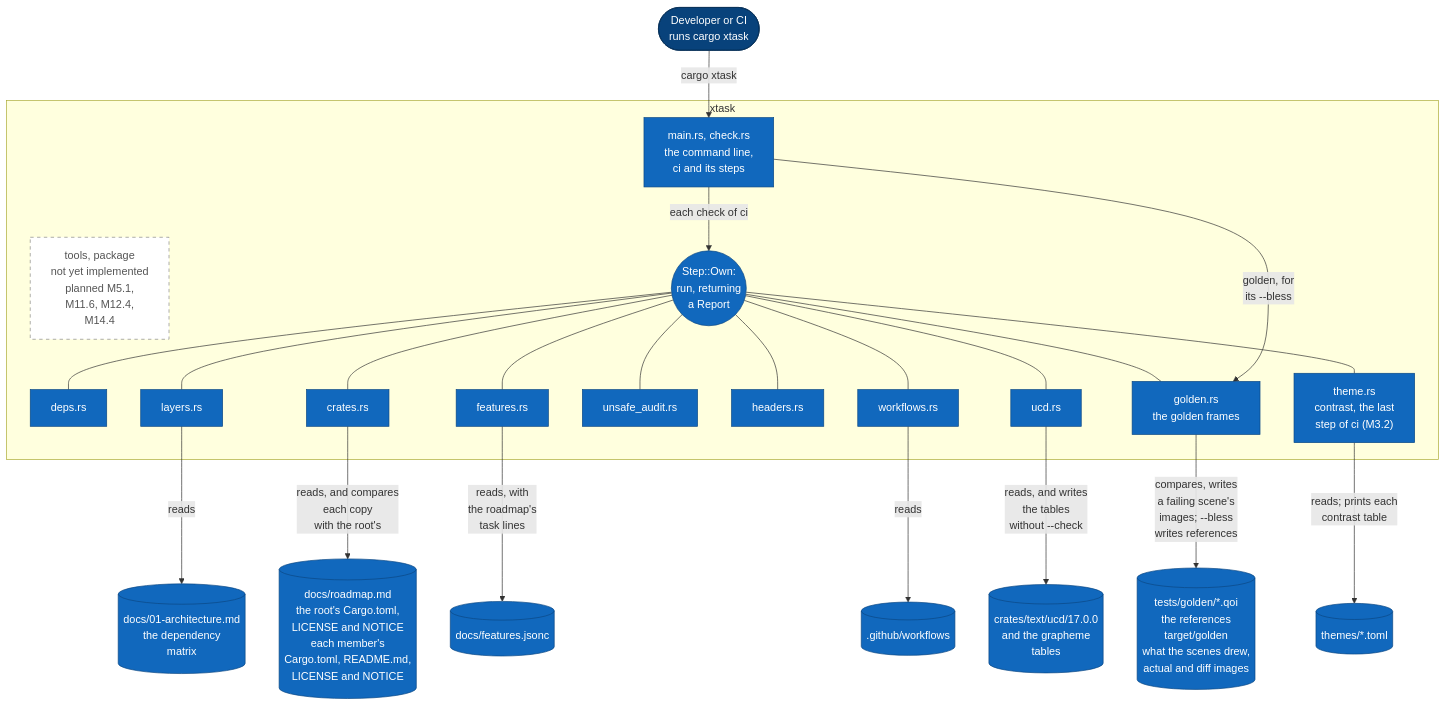
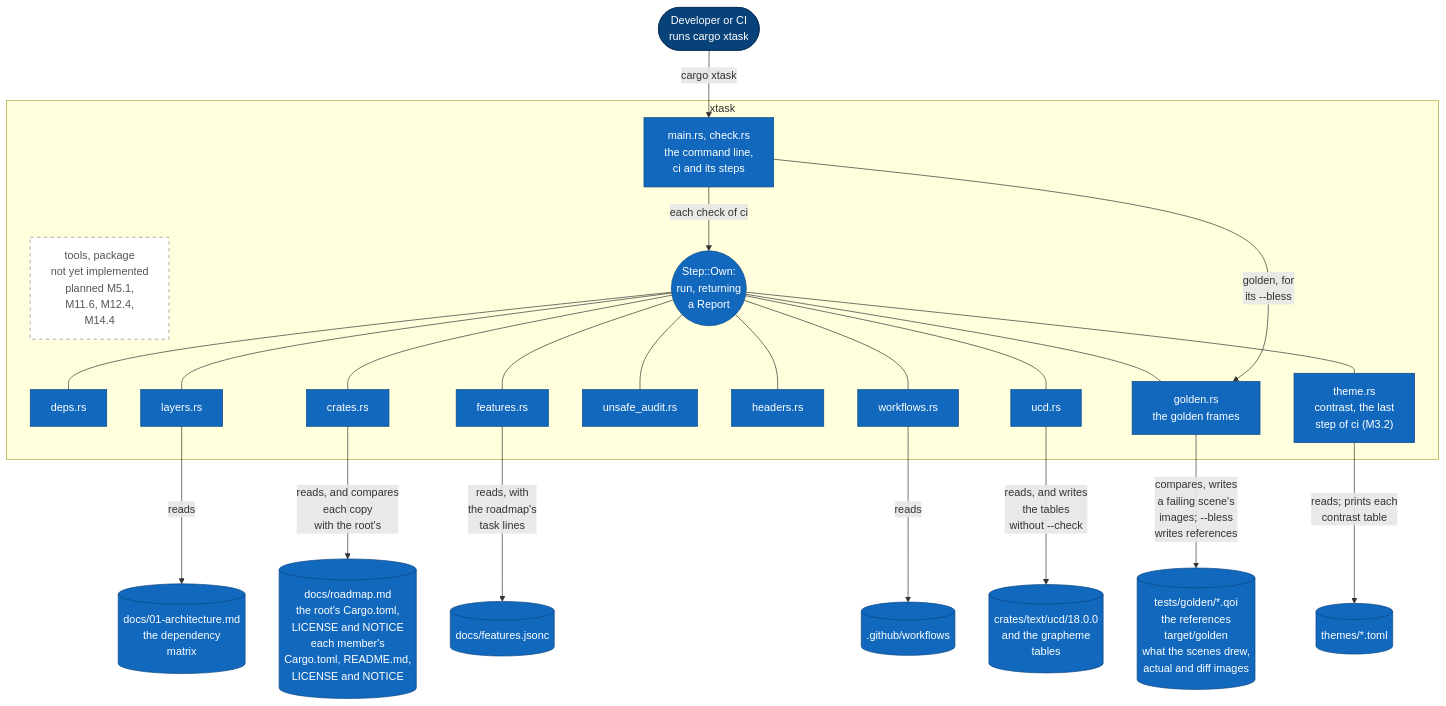
Before and after one commit to jabbott-iii/Tidepool: diagram 17 of 21 in diagrams/component-diagrams.md, drawn with Mermaid. The commit also changed 37 other files, not shown here.

````diff
--- a/diagrams/component-diagrams.md
+++ b/diagrams/component-diagrams.md
@@ -1076,61 +1076,61 @@
 ```mermaid
 flowchart TB
     p_dev(["Developer or CI<br/>runs cargo xtask"])
 
     subgraph sg_xtask["xtask"]
         c_main["main.rs, check.rs<br/>the command line,<br/>ci and its steps"]
         c_later["tools, package<br/>not yet implemented<br/>planned M5.1,<br/>M11.6, M12.4,<br/>M14.4"]
         i_step(("Step::Own:<br/>run, returning<br/>a Report"))
         c_deps["deps.rs"]
         c_layers["layers.rs"]
         c_crates["crates.rs"]
         c_features["features.rs"]
         c_unsafe["unsafe_audit.rs"]
         c_headers["headers.rs"]
         c_workflows["workflows.rs"]
         c_ucd["ucd.rs"]
         c_golden["golden.rs<br/>the golden frames"]
         c_theme["theme.rs<br/>contrast, the last<br/>step of ci (M3.2)"]
     end
     %% An invisible link: it only keeps the planned commands beside the step circle.
     c_main ~~~ c_later
 
     f_matrix[("docs/01-architecture.md<br/>the dependency<br/>matrix")]
     f_readmes[("docs/roadmap.md<br/>the root's Cargo.toml,<br/>LICENSE and NOTICE<br/>each member's<br/>Cargo.toml, README.md,<br/>LICENSE and NOTICE")]
-    f_ucd[("crates/text/ucd/17.0.0<br/>and the grapheme<br/>tables")]
+    f_ucd[("crates/text/ucd/18.0.0<br/>and the grapheme<br/>tables")]
     f_workflows[(".github/workflows")]
     f_features[("docs/features.jsonc")]
     f_golden[("tests/golden/*.qoi<br/>the references<br/>target/golden<br/>what the scenes drew,<br/>actual and diff images")]
     f_themes[("themes/*.toml")]
 
     p_dev -->|"cargo xtask"| c_main
     c_main -->|"each check of ci"| i_step
     i_step --- c_deps
     i_step --- c_layers
     i_step --- c_crates
     i_step --- c_features
     i_step --- c_unsafe
     i_step --- c_headers
     i_step --- c_workflows
     i_step --- c_ucd
     i_step --- c_golden
     i_step --- c_theme
     c_main -->|"golden, for<br/>its --bless"| c_golden
 
     c_layers -->|"reads"| f_matrix
     c_crates -->|"reads, and compares<br/>each copy<br/>with the root's"| f_readmes
     c_ucd -->|"reads, and writes<br/>the tables<br/>without --check"| f_ucd
     c_workflows -->|"reads"| f_workflows
     c_features -->|"reads, with<br/>the roadmap's<br/>task lines"| f_features
     c_golden -->|"compares, writes<br/>a failing scene's<br/>images; --bless<br/>writes references"| f_golden
     c_theme -->|"reads; prints each<br/>contrast table"| f_themes
 
     classDef person fill:#08427b,stroke:#052e56,color:#ffffff
     classDef built fill:#1168bd,stroke:#0b4884,color:#ffffff
     classDef planned fill:#ffffff,stroke:#888888,stroke-dasharray: 5 5,color:#555555
     classDef store fill:#1168bd,stroke:#0b4884,color:#ffffff
     class p_dev person
     class c_main,i_step,c_deps,c_layers,c_crates,c_features,c_unsafe,c_headers,c_workflows,c_ucd,c_golden,c_theme built
     class c_later planned
     class f_matrix,f_readmes,f_ucd,f_workflows,f_features,f_golden,f_themes store
 ```
````
